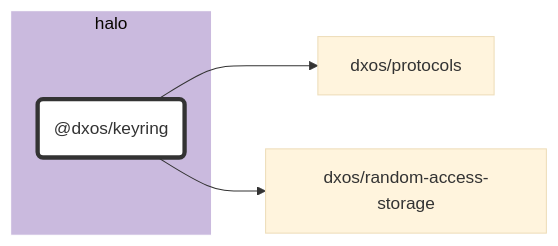
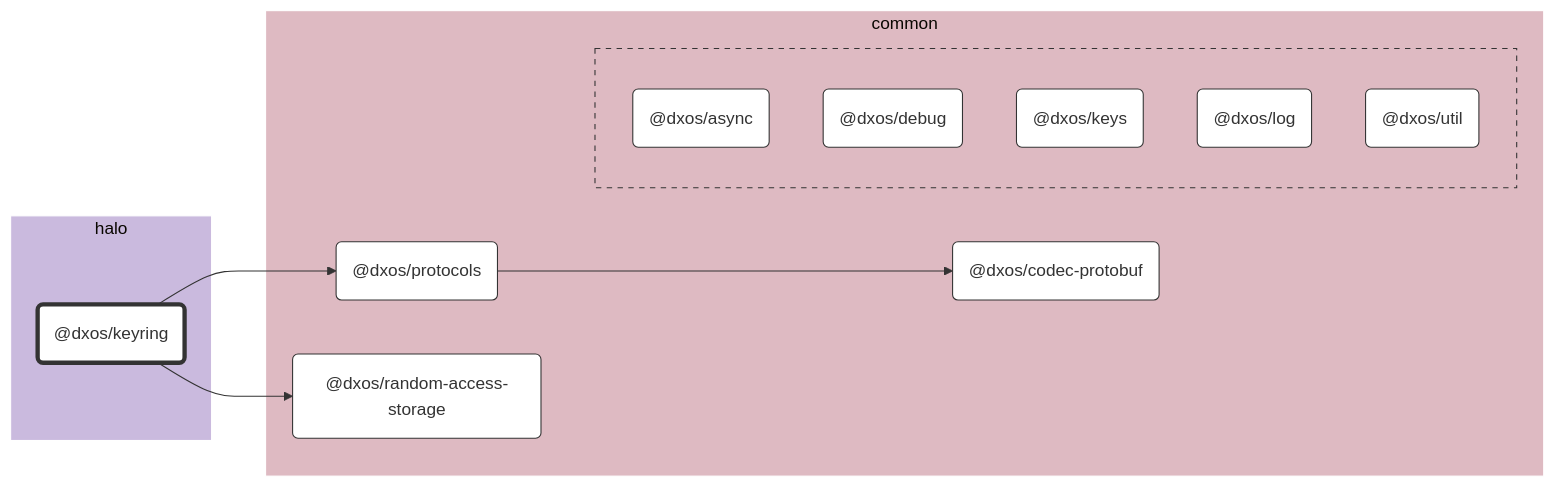
Before and after one commit to dxos/dxos: the diagram in packages/halo/keyring/docs/README.md, drawn with Mermaid (base theme). The commit also changed 52 other files, not shown here.

````diff
--- a/packages/halo/keyring/docs/README.md
+++ b/packages/halo/keyring/docs/README.md
@@ -7,22 +7,47 @@
 ```mermaid
 %%{ init: {'flowchart':{'curve':'basis'}} }%%
 
 flowchart LR
 
 %% Classes
 classDef def fill:#fff,stroke:#333,stroke-width:1px
 classDef root fill:#fff,stroke:#333,stroke-width:4px
 
 %% Nodes
 
 subgraph halo [halo]
   style halo fill:#cabade,stroke:#fff
   dxos/keyring("@dxos/keyring"):::root
   click dxos/keyring "dxos/dxos/tree/main/packages/halo/keyring/docs"
 end
 
+subgraph common [common]
+  style common fill:#debac2,stroke:#fff
+  dxos/codec-protobuf("@dxos/codec-protobuf"):::def
+  click dxos/codec-protobuf "dxos/dxos/tree/main/packages/common/codec-protobuf/docs"
+  dxos/protocols("@dxos/protocols"):::def
+  click dxos/protocols "dxos/dxos/tree/main/packages/common/protocols/docs"
+  dxos/random-access-storage("@dxos/random-access-storage"):::def
+  click dxos/random-access-storage "dxos/dxos/tree/main/packages/common/random-access-storage/docs"
+
+  subgraph common-excluded [ ]
+    style common-excluded fill:#debac2,stroke:#333,stroke-dasharray:5 5
+    dxos/async("@dxos/async"):::def
+    click dxos/async "dxos/dxos/tree/main/packages/common/async/docs"
+    dxos/debug("@dxos/debug"):::def
+    click dxos/debug "dxos/dxos/tree/main/packages/common/debug/docs"
+    dxos/keys("@dxos/keys"):::def
+    click dxos/keys "dxos/dxos/tree/main/packages/common/keys/docs"
+    dxos/log("@dxos/log"):::def
+    click dxos/log "dxos/dxos/tree/main/packages/common/log/docs"
+    dxos/util("@dxos/util"):::def
+    click dxos/util "dxos/dxos/tree/main/packages/common/util/docs"
+  end
+end
+
 %% Links
 linkStyle default stroke:#333,stroke-width:1px
 dxos/keyring --> dxos/protocols
+dxos/protocols --> dxos/codec-protobuf
 dxos/keyring --> dxos/random-access-storage
 ```
````
